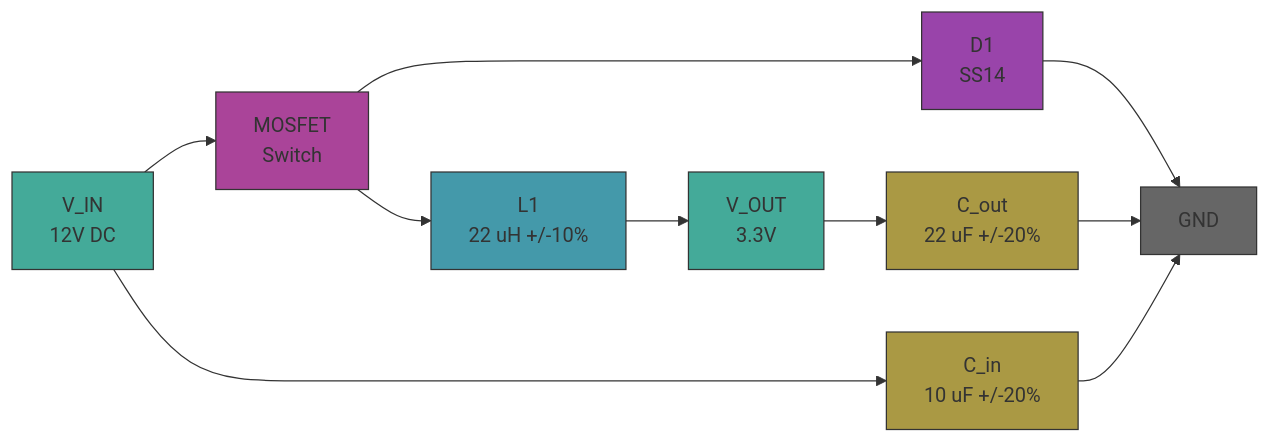
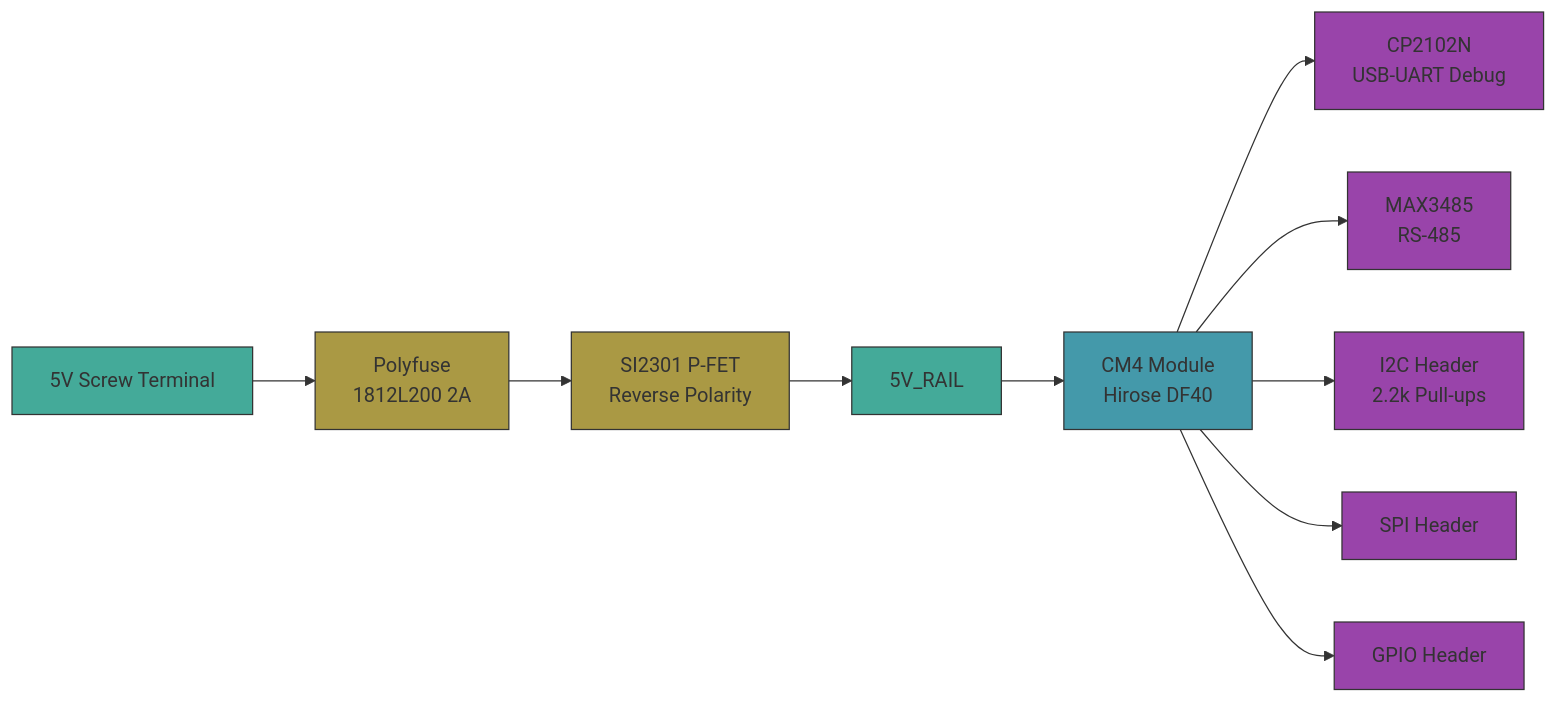
One commit to engineering-with-ai/electrical-pcb changed the diagram in readme.md. Above: the diagram before and after it, drawn with Mermaid. The commit also changed other lines of this file and 39 other files, not shown here.

````diff
--- a/readme.md
+++ b/readme.md
@@ -12,21 +12,23 @@
 ```mermaid
 graph LR
-    VIN["V_IN<br/>12V DC"] --> SW["MOSFET<br/>Switch"]
-    SW --> L["L1<br/>22 uH +/-10%"]
-    L --> VOUT["V_OUT<br/>3.3V"]
-    SW --> D["D1<br/>SS14"]
-    D --> GND["GND"]
-    VOUT --> COUT["C_out<br/>22 uF +/-20%"]
-    COUT --> GND
-    VIN --> CIN["C_in<br/>10 uF +/-20%"]
-    CIN --> GND
+    PWR["5V Screw Terminal"] --> FUSE["Polyfuse<br/>1812L200 2A"]
+    FUSE --> FET["SI2301 P-FET<br/>Reverse Polarity"]
+    FET --> RAIL["5V_RAIL"]
+    RAIL --> CM4["CM4 Module<br/>Hirose DF40"]
+    CM4 --> UART["CP2102N<br/>USB-UART Debug"]
+    CM4 --> RS485["MAX3485<br/>RS-485"]
+    CM4 --> I2C["I2C Header<br/>2.2k Pull-ups"]
+    CM4 --> SPI["SPI Header"]
+    CM4 --> GPIO["GPIO Header"]
 
-    style VIN fill:#4a9,stroke:#333
-    style SW fill:#a49,stroke:#333
-    style L fill:#49a,stroke:#333
-    style D fill:#94a,stroke:#333
-    style VOUT fill:#4a9,stroke:#333
-    style GND fill:#666,stroke:#333
-    style COUT fill:#a94,stroke:#333
-    style CIN fill:#a94,stroke:#333
+    style PWR fill:#4a9,stroke:#333
+    style FUSE fill:#a94,stroke:#333
+    style FET fill:#a94,stroke:#333
+    style RAIL fill:#4a9,stroke:#333
+    style CM4 fill:#49a,stroke:#333
+    style UART fill:#94a,stroke:#333
+    style RS485 fill:#94a,stroke:#333
+    style I2C fill:#94a,stroke:#333
+    style SPI fill:#94a,stroke:#333
+    style GPIO fill:#94a,stroke:#333
 ```
````
